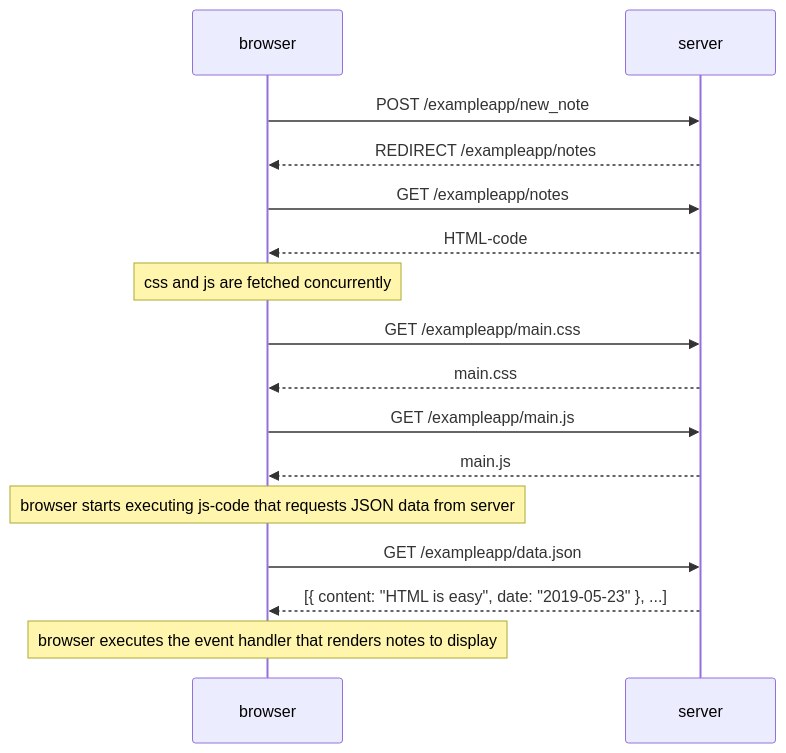
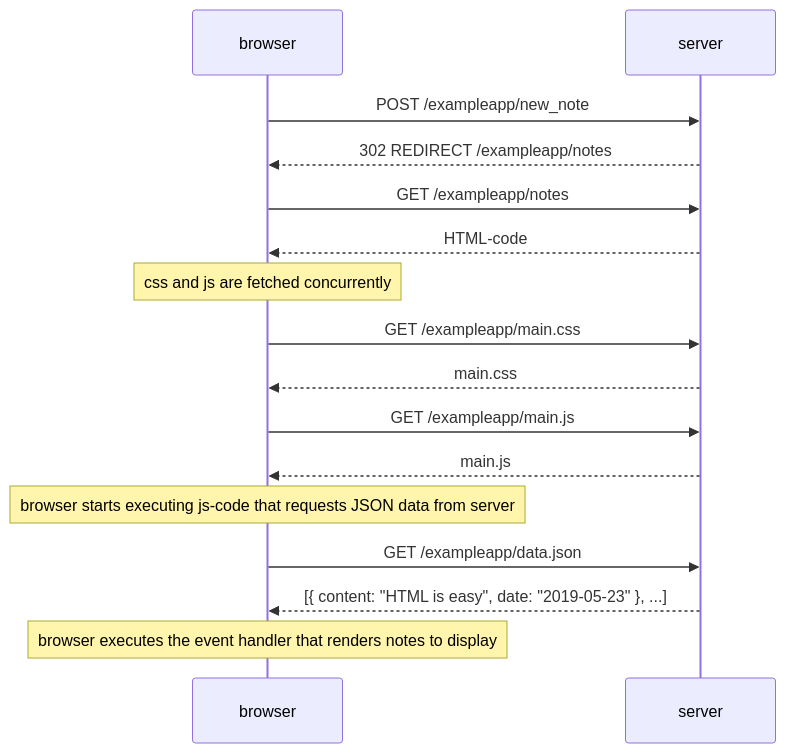
Before and after one commit to hybras/Full-Stack-Open: the first of 3 diagrams in part0/excercises.md, drawn with Mermaid. The commit also changed other lines of this file, not shown here.

````diff
--- a/part0/excercises.md
+++ b/part0/excercises.md
@@ -11,25 +11,25 @@
 ```mermaid
 sequenceDiagram
     participant browser
     participant server
 
     browser->>server: POST /exampleapp/new_note
-    server-->>browser: REDIRECT /exampleapp/notes
+    server-->>browser: 302 REDIRECT /exampleapp/notes
 
     browser->>server: GET /exampleapp/notes
     server-->>browser: HTML-code
 
     note over browser: css and js are fetched concurrently
 
     browser->>server: GET /exampleapp/main.css
     server-->>browser: main.css
     browser->>server: GET /exampleapp/main.js
     server-->>browser: main.js
 
     note over browser: browser starts executing js-code that requests JSON data from server 
 
     browser->>server: GET /exampleapp/data.json
     server-->>browser: [{ content: "HTML is easy", date: "2019-05-23" }, ...]
 
     note over browser: browser executes the event handler that renders notes to display
 ```
````
